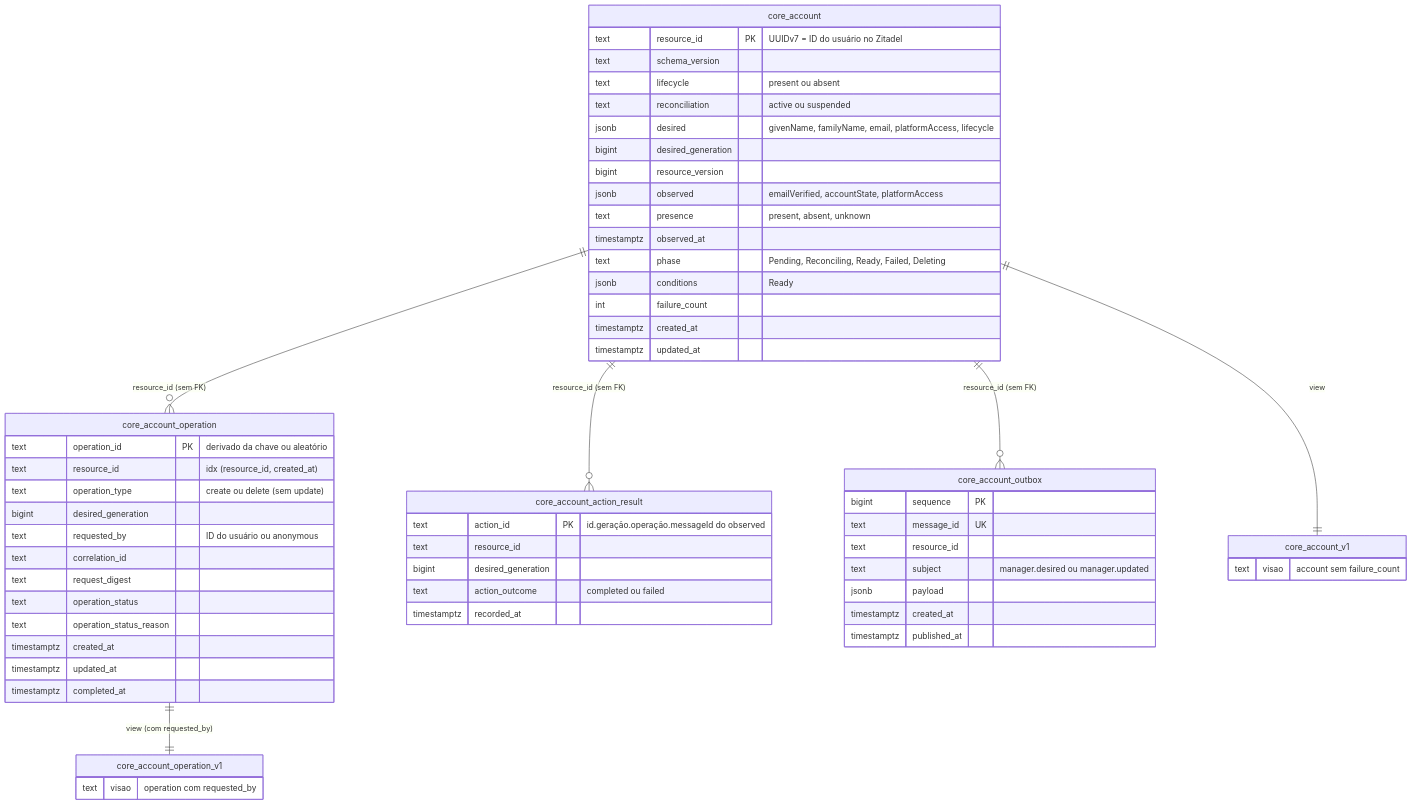
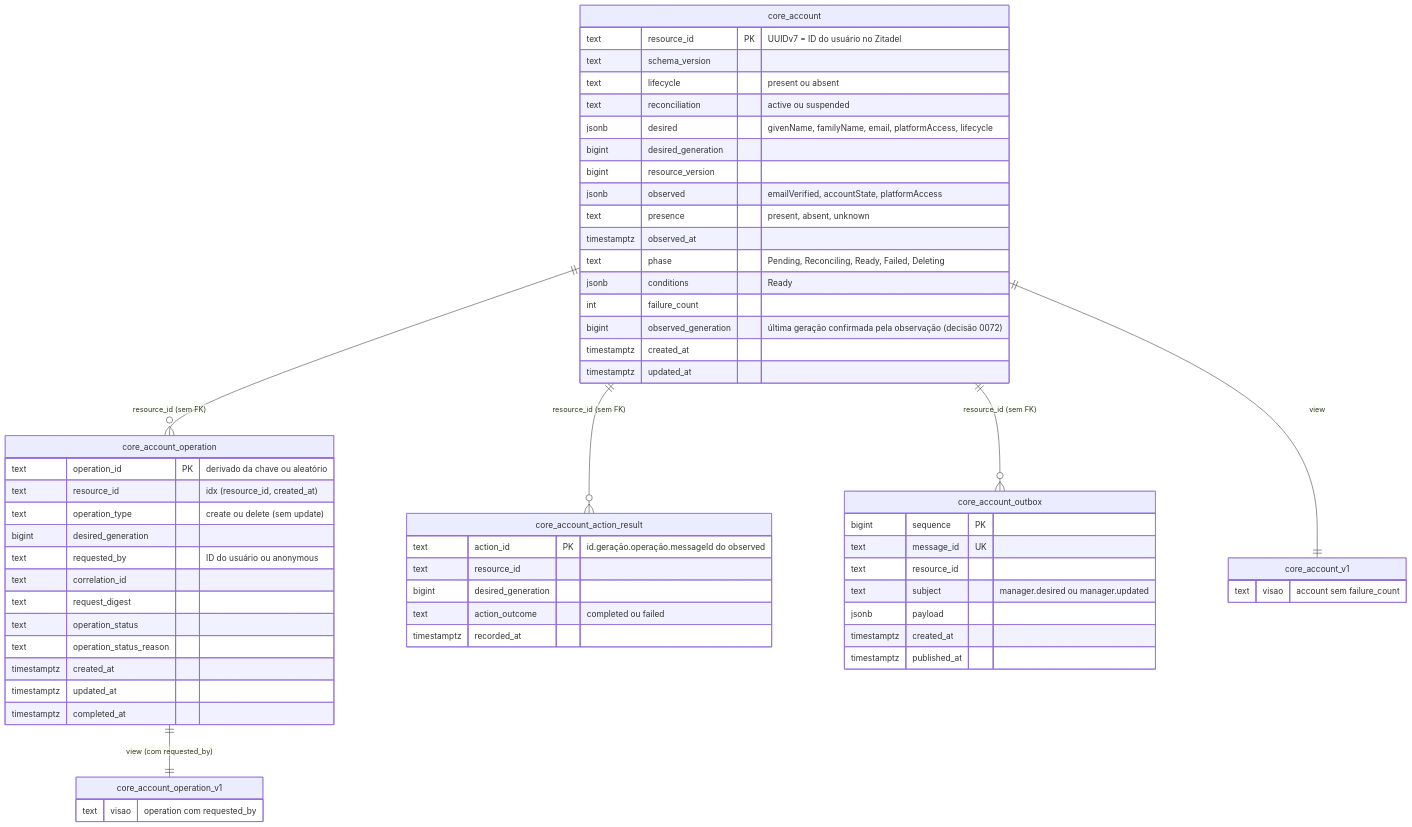
The diagram in features/core/account/docs/database/01-er-fisico.mmd (danielsabatini/smarkee), drawn with Mermaid before and after one commit. The commit also changed 154 other files, not shown here.

```diff
--- a/features/core/account/docs/database/01-er-fisico.mmd
+++ b/features/core/account/docs/database/01-er-fisico.mmd
@@ -1,60 +1,61 @@
 erDiagram
     core_account ||--o{ core_account_operation : "resource_id (sem FK)"
     core_account ||--o{ core_account_action_result : "resource_id (sem FK)"
     core_account ||--o{ core_account_outbox : "resource_id (sem FK)"
     core_account ||--|| core_account_v1 : "view"
     core_account_operation ||--|| core_account_operation_v1 : "view (com requested_by)"
 
     core_account {
         text resource_id PK "UUIDv7 = ID do usuário no Zitadel"
         text schema_version
         text lifecycle "present ou absent"
         text reconciliation "active ou suspended"
         jsonb desired "givenName, familyName, email, platformAccess, lifecycle"
         bigint desired_generation
         bigint resource_version
         jsonb observed "emailVerified, accountState, platformAccess"
         text presence "present, absent, unknown"
         timestamptz observed_at
         text phase "Pending, Reconciling, Ready, Failed, Deleting"
         jsonb conditions "Ready"
         int failure_count
+        bigint observed_generation "última geração confirmada pela observação (decisão 0072)"
         timestamptz created_at
         timestamptz updated_at
     }
     core_account_operation {
         text operation_id PK "derivado da chave ou aleatório"
         text resource_id "idx (resource_id, created_at)"
         text operation_type "create ou delete (sem update)"
         bigint desired_generation
         text requested_by "ID do usuário ou anonymous"
         text correlation_id
         text request_digest
         text operation_status
         text operation_status_reason
         timestamptz created_at
         timestamptz updated_at
         timestamptz completed_at
     }
     core_account_action_result {
         text action_id PK "id.geração.operação.messageId do observed"
         text resource_id
         bigint desired_generation
         text action_outcome "completed ou failed"
         timestamptz recorded_at
     }
     core_account_outbox {
         bigint sequence PK
         text message_id UK
         text resource_id
         text subject "manager.desired ou manager.updated"
         jsonb payload
         timestamptz created_at
         timestamptz published_at
     }
     core_account_v1 {
         text visao "account sem failure_count"
     }
     core_account_operation_v1 {
         text visao "operation com requested_by"
     }
```
